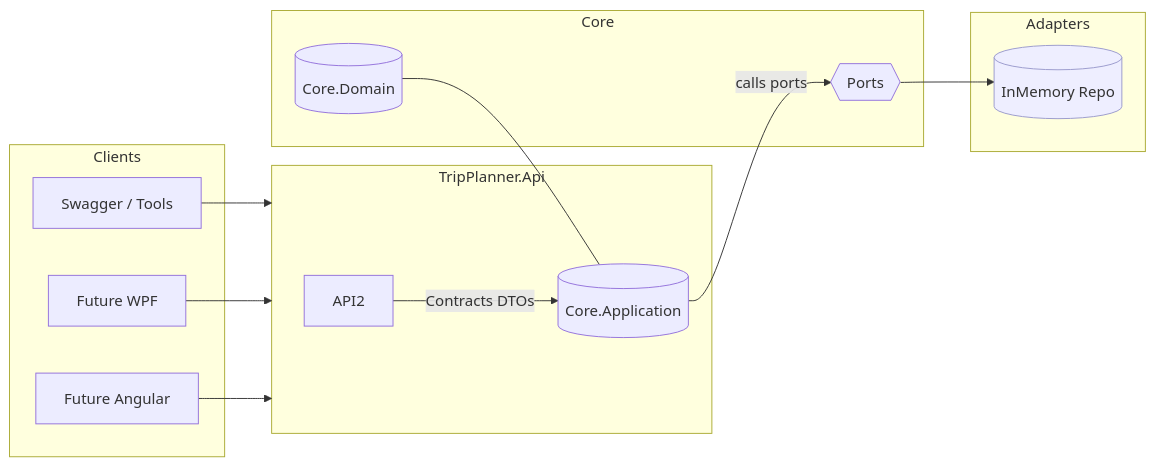
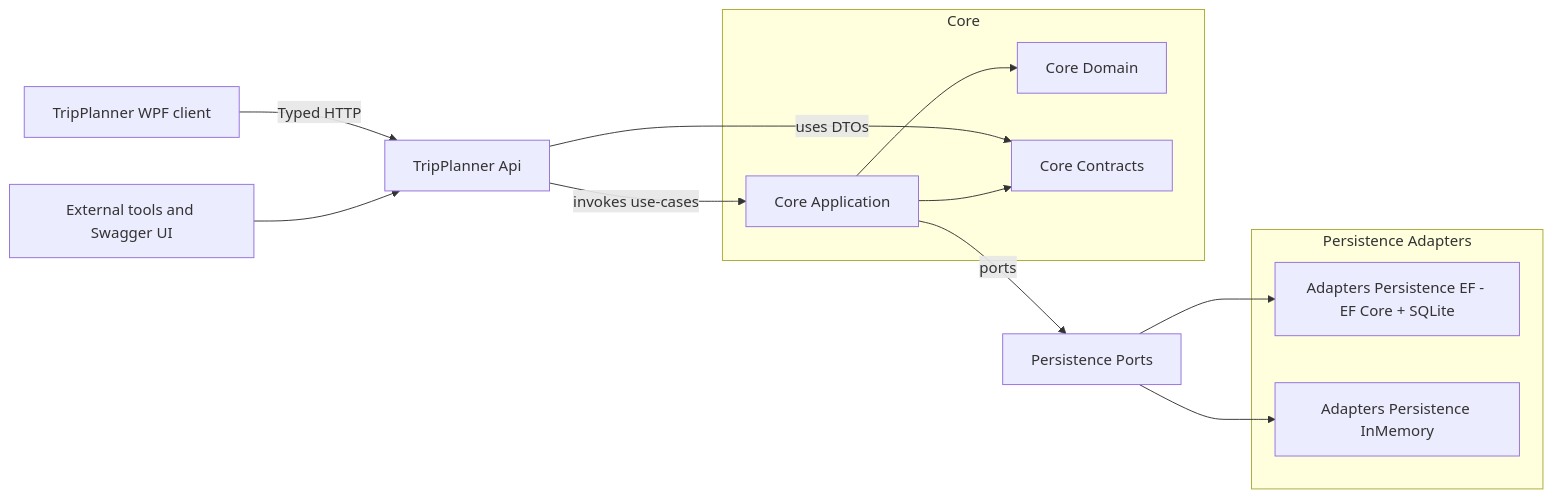
Before and after one commit to Jakub-Kos/TripperApp: the first of 2 diagrams in README.md, drawn with Mermaid. The commit also changed other lines of this file, not shown here.

````diff
--- a/README.md
+++ b/README.md
@@ -173,29 +131,24 @@
 ```mermaid
-flowchart LR
-  subgraph Client[Clients]
-    A1[Swagger / Tools]
-    A2[Future WPF]
-    A3[Future Angular]
+graph LR
+  A[TripPlanner WPF client] -->|Typed HTTP| C[TripPlanner Api]
+  B[External tools and Swagger UI] --> C
+
+  subgraph Core
+    D[Core Domain]
+    E[Core Contracts]
+    F[Core Application]
   end
 
-  A1 --> API
-  A2 --> API
-  A3 --> API
-
-  subgraph API[TripPlanner.Api]
-    API2 -->|Contracts DTOs| APP[(Core.Application)]
+  subgraph Persistence Adapters
+    G[Adapters Persistence EF - EF Core + SQLite]
+    H[Adapters Persistence InMemory]
   end
 
-  subgraph CORE[Core]
-    APP -->|calls ports| PORTS{{Ports}}
-    DOM[(Core.Domain)] --- APP
-  end
-
-  subgraph ADAPTERS[Adapters]
-    MEM[(InMemory Repo)]:::adapter
-  end
-
-  PORTS --> MEM
-
-  classDef adapter fill:#eef,stroke:#99c,stroke-width:1px;
+  C -->|uses DTOs| E
+  C -->|invokes use-cases| F
+  F --> D
+  F --> E
+  F -->|ports| I[Persistence Ports]
+  I --> G
+  I --> H
 ```
````
